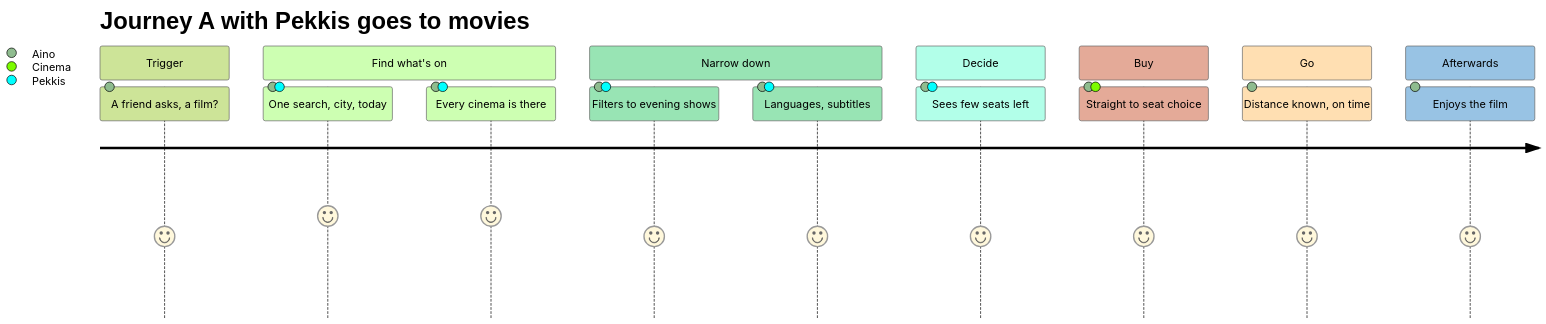
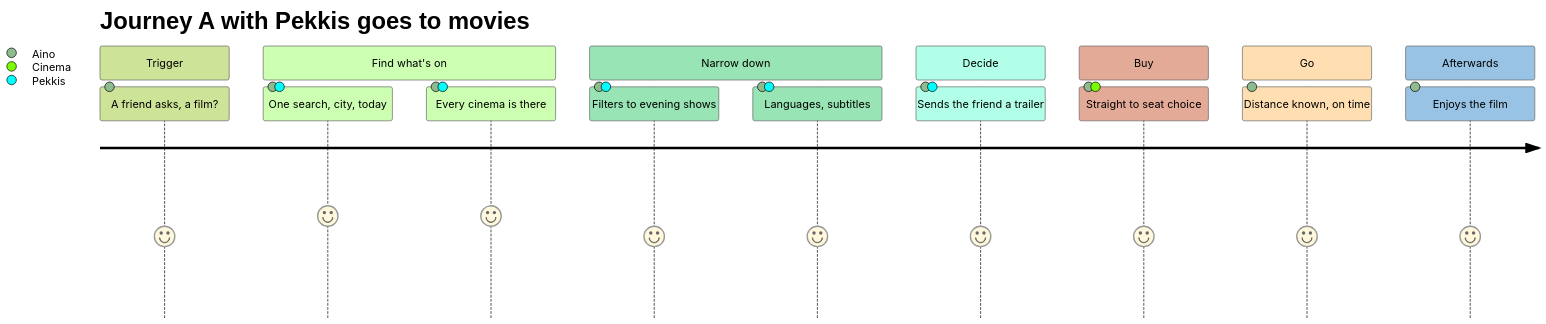
Before and after one commit to pekkis/pekkis-goes-to-movies-2026: the second of 4 diagrams in docs/design/journey-map.md, drawn with Mermaid (forest theme). The commit also changed other lines of this file and 2 other files, not shown here.

First line of the commit message:
Journey A, decide: the film page to send the friend, not live seat counts

````diff
--- a/docs/design/journey-map.md
+++ b/docs/design/journey-map.md
@@ -67,28 +67,28 @@
 ```mermaid
 ---
 config:
   journey:
     width: 190
     taskFontSize: 15
     sectionFontSize: 15
 ---
 %% image: journey-a-with-us
 journey
   title Journey A with Pekkis goes to movies
   section Trigger
     A friend asks, a film?: 4: Aino
   section Find what's on
     One search, city, today: 5: Aino, Pekkis
     Every cinema is there: 5: Aino, Pekkis
   section Narrow down
     Filters to evening shows: 4: Aino, Pekkis
     Languages, subtitles: 4: Aino, Pekkis
   section Decide
-    Sees few seats left: 4: Aino, Pekkis
+    Sends the friend a trailer: 4: Aino, Pekkis
   section Buy
     Straight to seat choice: 4: Aino, Cinema
   section Go
     Distance known, on time: 4: Aino
   section Afterwards
     Enjoys the film: 4: Aino
 ```
````
